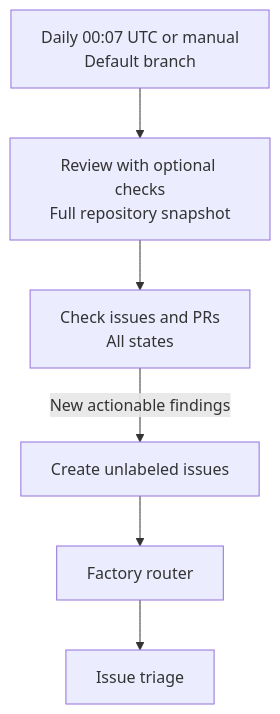
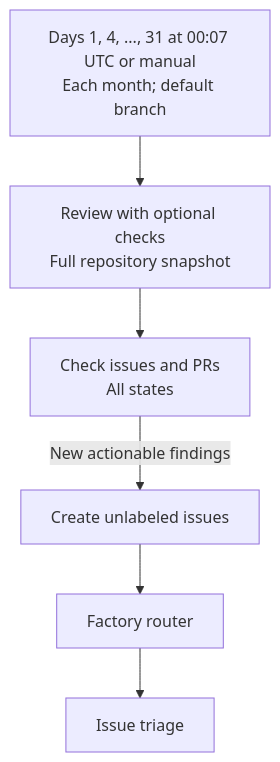
Before and after one commit to VasiliyNovikov/Factory: the third of 5 diagrams in README.md, drawn with Mermaid. The commit also changed 2 other files, not shown here.

Commit message:
Schedule repository review every three days within each month (#215)
Document the monthly cron reset and preserve manual dispatch and review settings.

````diff
--- a/README.md
+++ b/README.md
@@ -92,7 +92,7 @@
 ```mermaid
 flowchart TD
-    trigger["Daily 00:07 UTC or manual<br/>Default branch"] --> review["Review with optional checks<br/>Full repository snapshot"]
+    trigger["Days 1, 4, ..., 31 at 00:07 UTC or manual<br/>Each month; default branch"] --> review["Review with optional checks<br/>Full repository snapshot"]
     review --> duplicates["Check issues and PRs<br/>All states"]
     duplicates -->|New actionable findings| issues["Create unlabeled issues"]
     issues --> router["Factory router"] --> triage["Issue triage"]
 ```
````
